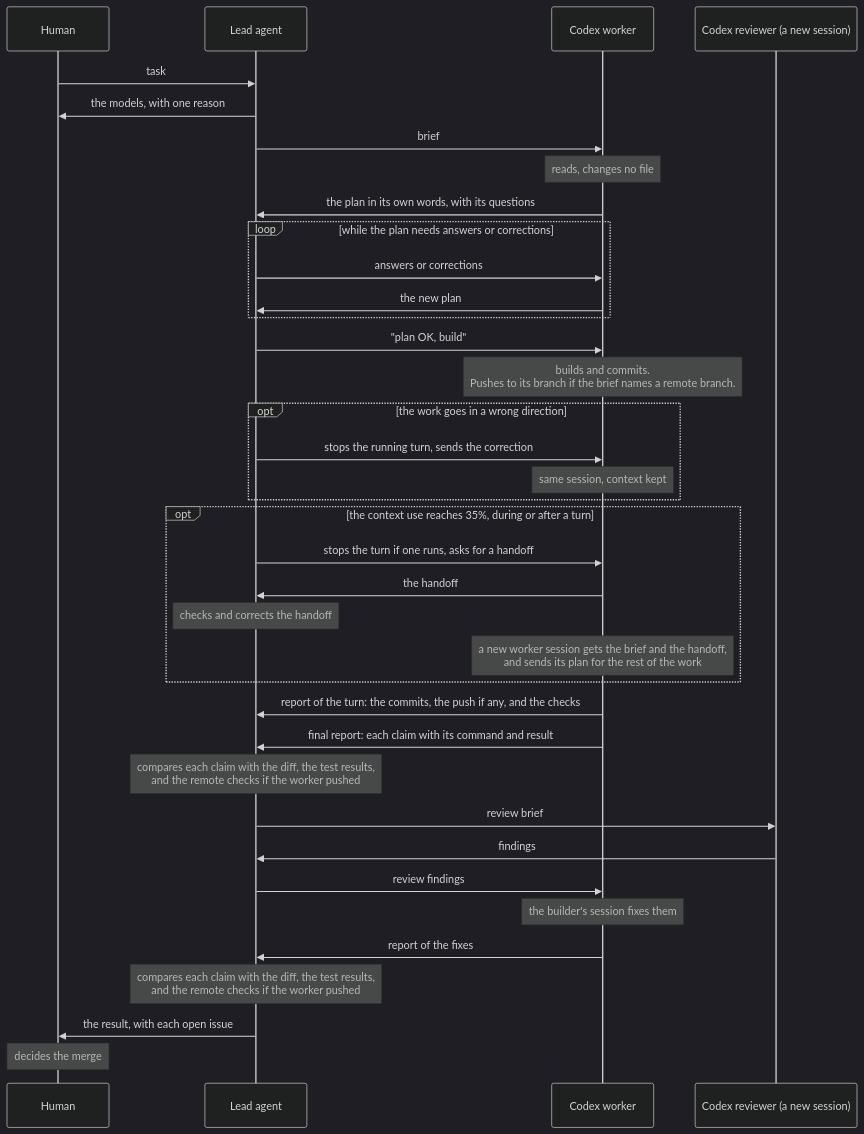
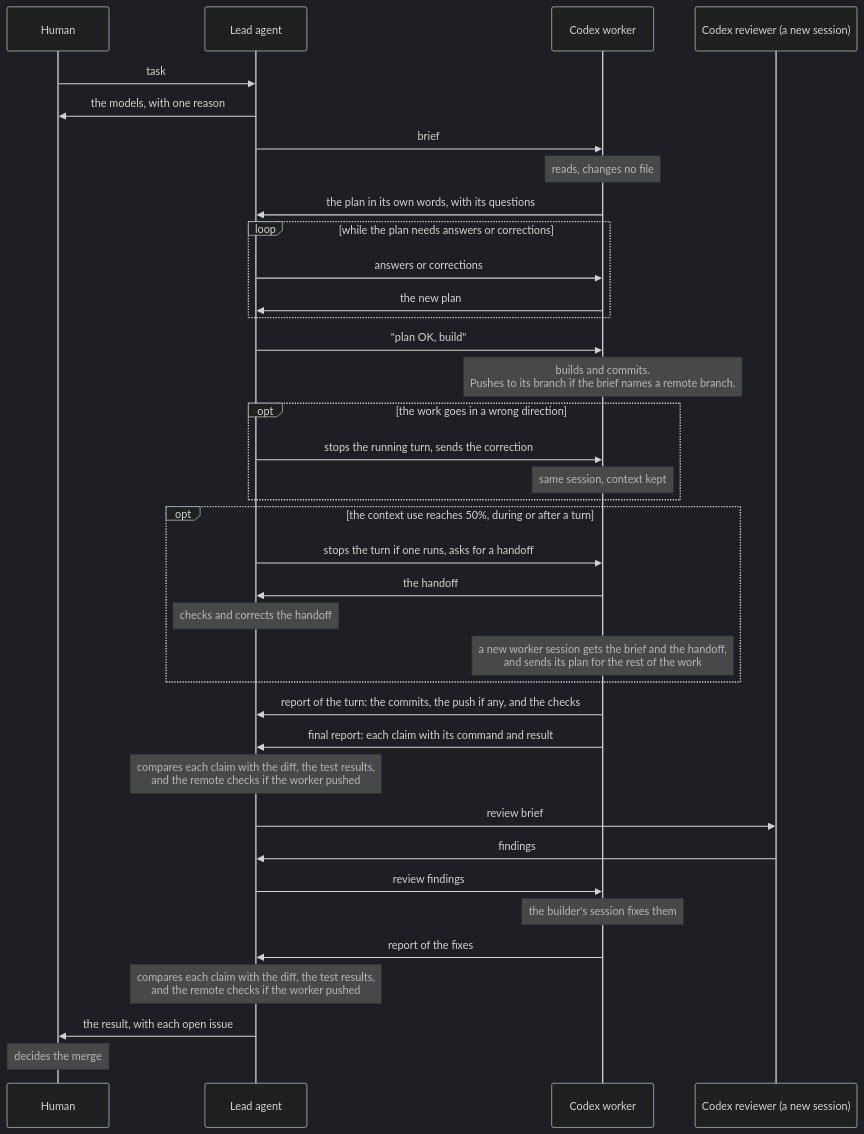
Before and after one commit to binhle312/cty1ng: the second of 2 diagrams in .agents/skills/leader/GUIDE.md, drawn with Mermaid (dark theme). The commit also changed other lines of this file and 3 other files, not shown here.

````diff
--- a/.agents/skills/leader/GUIDE.md
+++ b/.agents/skills/leader/GUIDE.md
@@ -95,40 +95,40 @@
 ```mermaid
 sequenceDiagram
   participant H as Human
   participant L as Lead agent
   participant W as Codex worker
   participant R as Codex reviewer (a new session)
 
   H->>L: task
   L->>H: the models, with one reason
   L->>W: brief
   Note over W: reads, changes no file
   W->>L: the plan in its own words, with its questions
   loop while the plan needs answers or corrections
     L->>W: answers or corrections
     W->>L: the new plan
   end
   L->>W: "plan OK, build"
   Note over W: builds and commits.<br/>Pushes to its branch if the brief names a remote branch.
   opt the work goes in a wrong direction
     L->>W: stops the running turn, sends the correction
     Note over W: same session, context kept
   end
-  opt the context use reaches 35%, during or after a turn
+  opt the context use reaches 50%, during or after a turn
     L->>W: stops the turn if one runs, asks for a handoff
     W->>L: the handoff
     Note over L: checks and corrects the handoff
     Note over W: a new worker session gets the brief and the handoff,<br/>and sends its plan for the rest of the work
   end
   W->>L: report of the turn: the commits, the push if any, and the checks
   W->>L: final report: each claim with its command and result
   Note over L: compares each claim with the diff, the test results,<br/>and the remote checks if the worker pushed
   L->>R: review brief
   R->>L: findings
   L->>W: review findings
   Note over W: the builder's session fixes them
   W->>L: report of the fixes
   Note over L: compares each claim with the diff, the test results,<br/>and the remote checks if the worker pushed
   L->>H: the result, with each open issue
   Note over H: decides the merge
 ```
````
